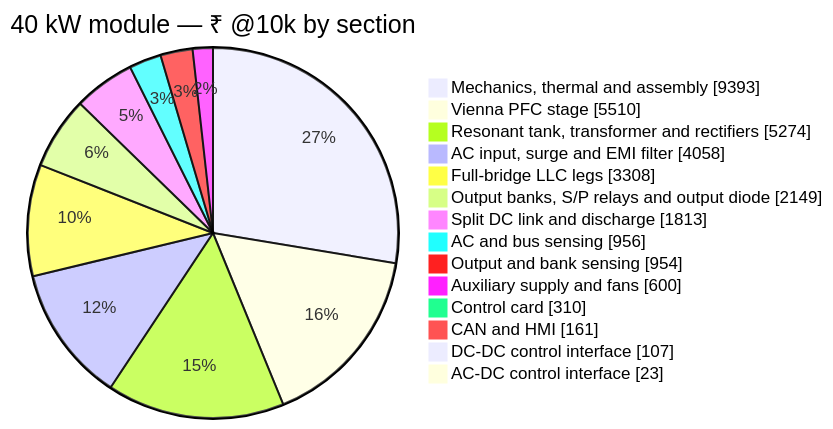
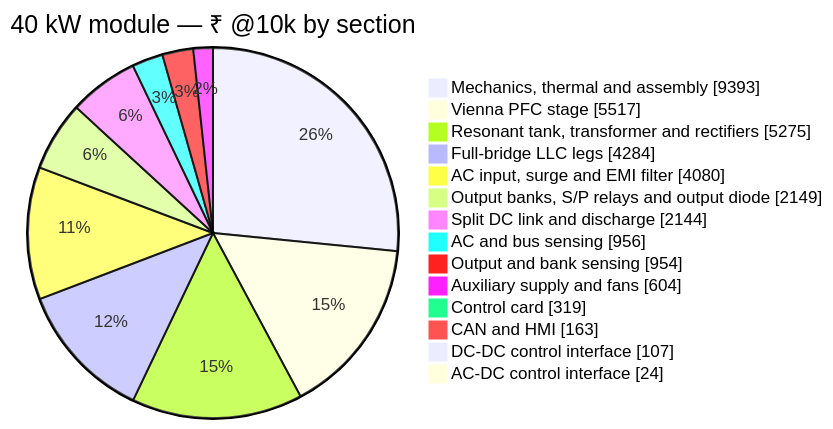
Before and after one commit to vectivolt/DC-Modules: the diagram in docs/bom-40kw.md, drawn with Mermaid. The commit also changed other lines of this file and 883 other files, not shown here.

````diff
--- a/docs/bom-40kw.md
+++ b/docs/bom-40kw.md
@@ -34,17 +34,17 @@
 ```mermaid
 pie showData title 40 kW module — ₹ @10k by section
   "Mechanics, thermal and assembly" : 9393
-  "Vienna PFC stage" : 5510
-  "Resonant tank, transformer and rectifiers" : 5274
-  "AC input, surge and EMI filter" : 4058
-  "Full-bridge LLC legs" : 3308
+  "Vienna PFC stage" : 5517
+  "Resonant tank, transformer and rectifiers" : 5275
+  "Full-bridge LLC legs" : 4284
+  "AC input, surge and EMI filter" : 4080
   "Output banks, S/P relays and output diode" : 2149
-  "Split DC link and discharge" : 1813
+  "Split DC link and discharge" : 2144
   "AC and bus sensing" : 956
   "Output and bank sensing" : 954
-  "Auxiliary supply and fans" : 600
-  "Control card" : 310
-  "CAN and HMI" : 161
+  "Auxiliary supply and fans" : 604
+  "Control card" : 319
+  "CAN and HMI" : 163
   "DC-DC control interface" : 107
-  "AC-DC control interface" : 23
+  "AC-DC control interface" : 24
 ```
````
